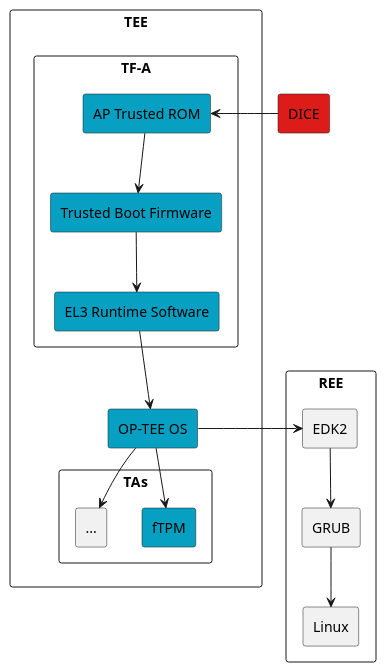
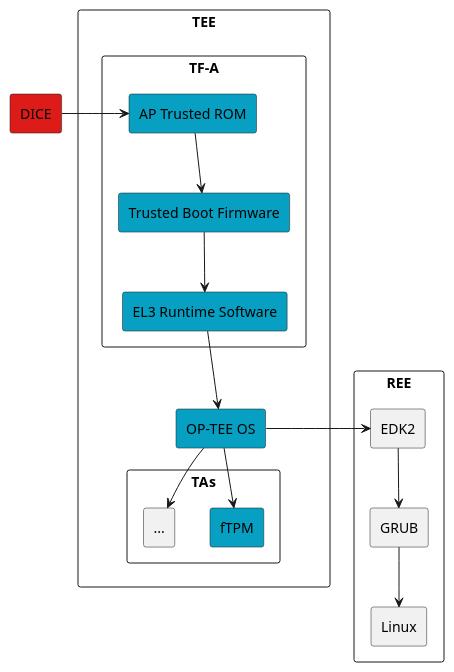
Before and after one commit to akorb/master-thesis: the diagram in figures/boot-chain.puml, drawn with PlantUML. The commit also changed 4 other files, not shown here.

```diff
--- a/figures/boot-chain.puml
+++ b/figures/boot-chain.puml
@@ -1,37 +1,37 @@
 @startuml boot chain
 skinparam BackgroundColor transparent
 skinparam componentStyle rectangle
 
 [DICE] #DD1C1A
 component TEE {
     component TF-A {
         [AP Trusted ROM] #07A0C3
         [Trusted Boot Firmware] #07A0C3
         [EL3 Runtime Software] #07A0C3
     }
 
     [OP-TEE OS] #07A0C3
     component TAs {
         [fTPM] #07A0C3
         [...]
     }
 }
 
 component REE {
     [EDK2]
     [GRUB]
     [Linux]
 }
 
-[DICE] -left-> [AP Trusted ROM]
+[DICE] -right-> [AP Trusted ROM]
 [AP Trusted ROM] -down-> [Trusted Boot Firmware]
 [Trusted Boot Firmware] -down-> [EL3 Runtime Software]
 [EL3 Runtime Software] -down-> [OP-TEE OS]
 [OP-TEE OS] -down-> [fTPM]
 [OP-TEE OS] -down-> [...]
 
 [OP-TEE OS] -right-> [EDK2]
 [EDK2] -down-> [GRUB]
 [GRUB] -down-> [Linux]
 
 @enduml
```
